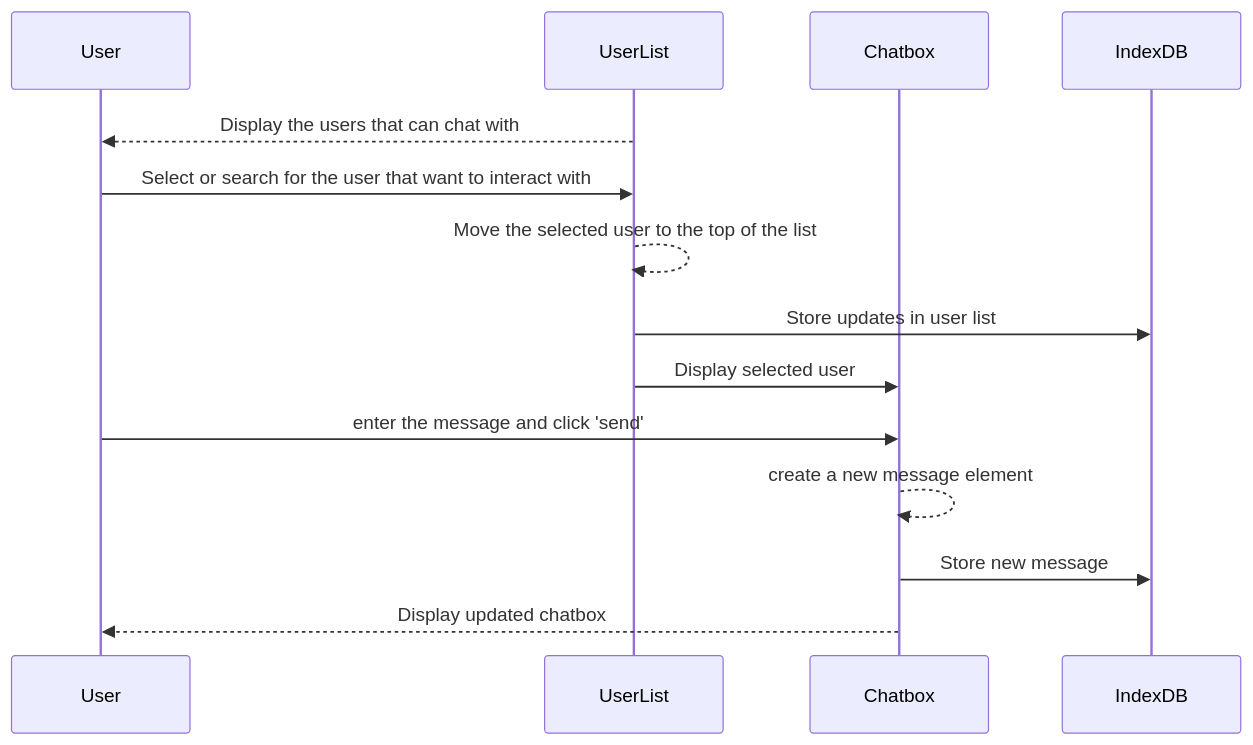
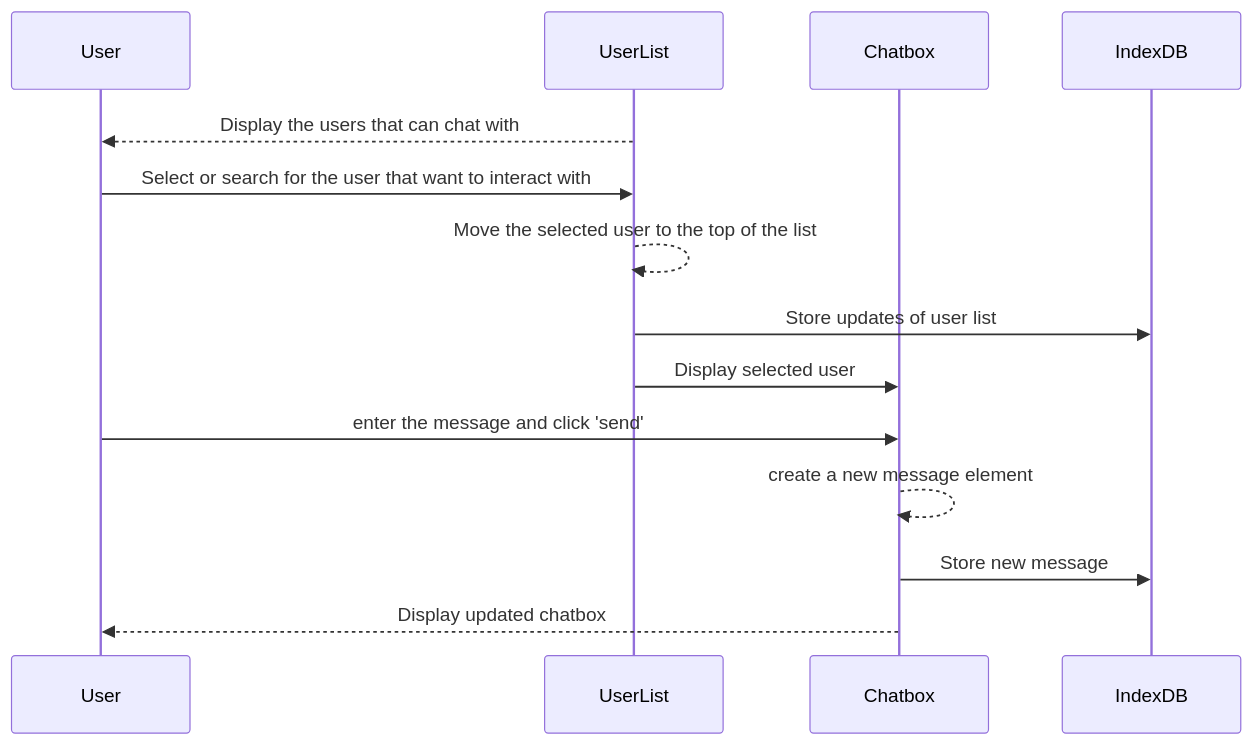
One commit to ginpks/TRANSPORTATION changed the diagram in team/m3/sammie-yu/feature-sequence-diagram.md. Above: the diagram before and after it, drawn with Mermaid.

````diff
--- a/team/m3/sammie-yu/feature-sequence-diagram.md
+++ b/team/m3/sammie-yu/feature-sequence-diagram.md
@@ -4,18 +4,18 @@
 ```mermaid
 sequenceDiagram
     participant User
     participant UserList
     participant Chatbox
     participant IndexDB
 
     UserList -->> User: Display the users that can chat with 
     User ->> UserList: Select or search for the user that want to interact with
     UserList -->> UserList: Move the selected user to the top of the list
-    UserList ->> IndexDB: Store updates in user list
+    UserList ->> IndexDB: Store updates of user list
     UserList ->> Chatbox: Display selected user
     User ->> Chatbox: enter the message and click 'send'
     Chatbox -->> Chatbox: create a new message element
     Chatbox ->> IndexDB: Store new message 
     Chatbox -->> User: Display updated chatbox
     
 ```
````
